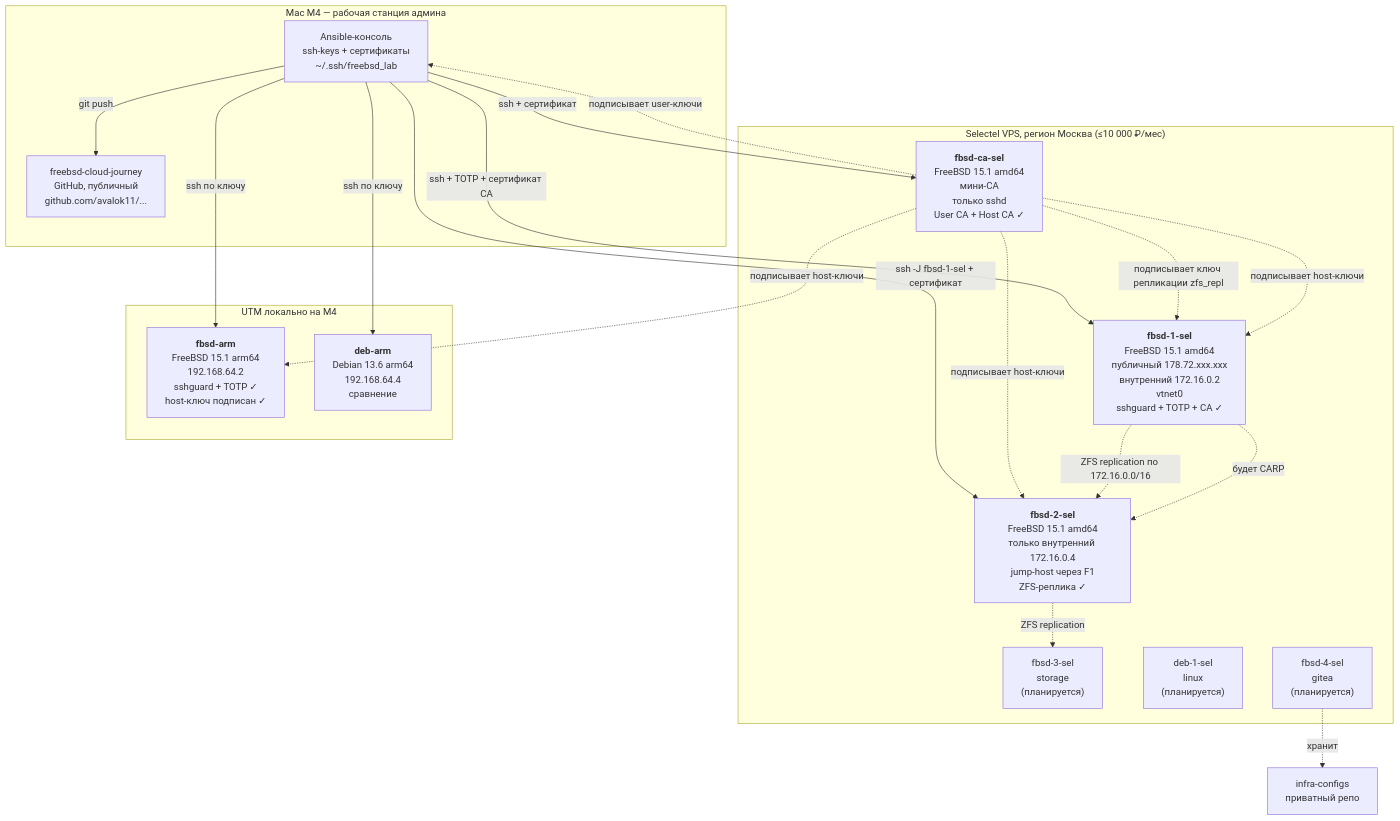
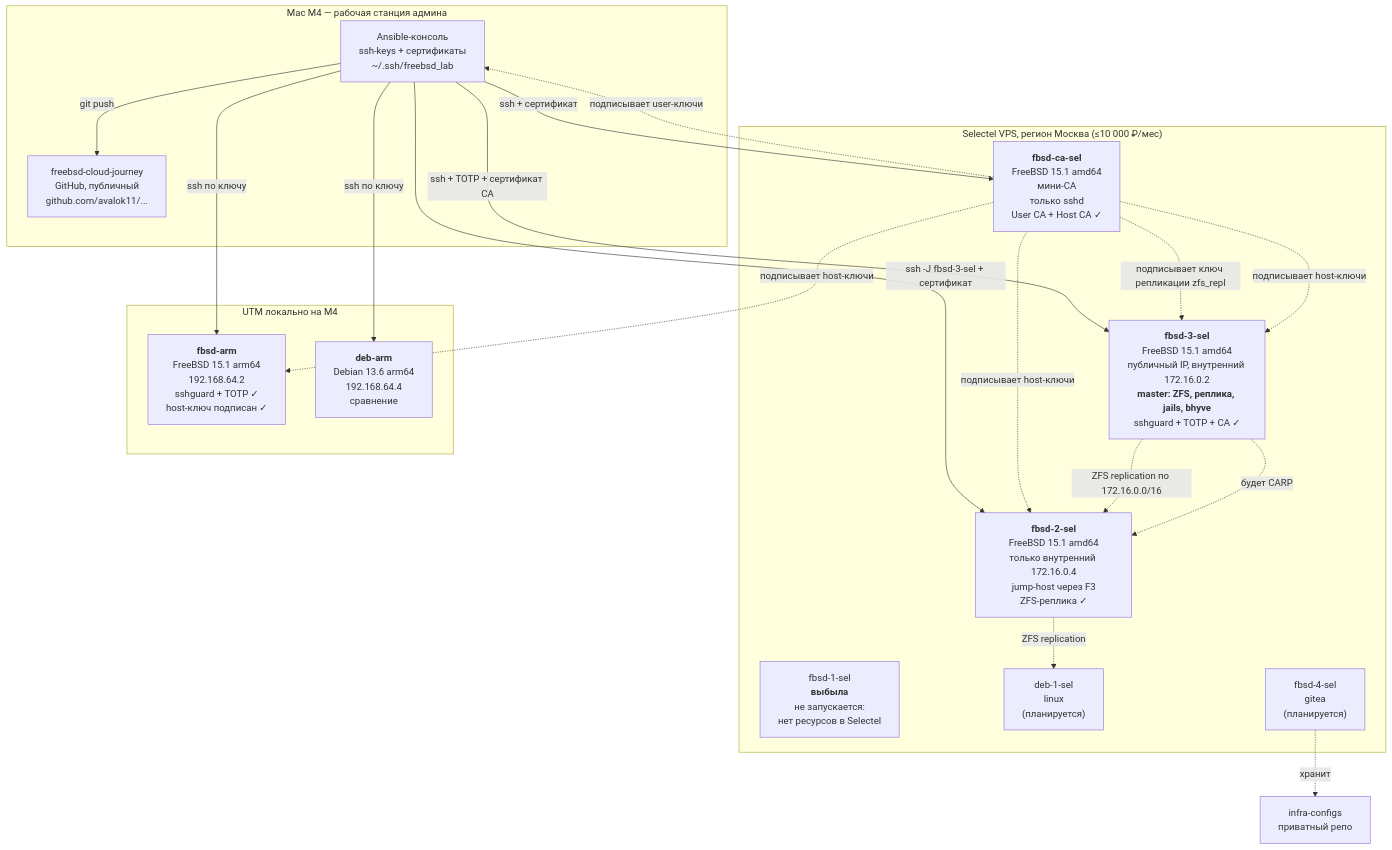
Before and after one commit to avalok11/freebsd-cloud-journey: the diagram in docs/architecture.md, drawn with Mermaid. The commit also changed other lines of this file and 5 other files, not shown here.

````diff
--- a/docs/architecture.md
+++ b/docs/architecture.md
@@ -7,37 +13,37 @@
 ```mermaid
 graph TB
     subgraph Laptop["Mac M4 — рабочая станция админа"]
         Console["Ansible-консоль<br/>ssh-keys + сертификаты<br/>~/.ssh/freebsd_lab"]
         GH["freebsd-cloud-journey<br/>GitHub, публичный<br/>github.com/avalok11/..."]
     end
 
     subgraph Selectel["Selectel VPS, регион Москва (≤10 000 ₽/мес)"]
-        F1["<b>fbsd-1-sel</b><br/>FreeBSD 15.1 amd64<br/>публичный 178.72.xxx.xxx<br/>внутренний 172.16.0.2<br/>vtnet0<br/>sshguard + TOTP + CA ✓"]
+        F3["<b>fbsd-3-sel</b><br/>FreeBSD 15.1 amd64<br/>публичный IP, внутренний 172.16.0.2<br/><b>master: ZFS, реплика, jails, bhyve</b><br/>sshguard + TOTP + CA ✓"]
         CA["<b>fbsd-ca-sel</b><br/>FreeBSD 15.1 amd64<br/>мини-CA<br/>только sshd<br/>User CA + Host CA ✓"]
-        F2["<b>fbsd-2-sel</b><br/>FreeBSD 15.1 amd64<br/>только внутренний 172.16.0.4<br/>jump-host через F1<br/>ZFS-реплика ✓"]
-        F3["fbsd-3-sel<br/>storage<br/>(планируется)"]
+        F2["<b>fbsd-2-sel</b><br/>FreeBSD 15.1 amd64<br/>только внутренний 172.16.0.4<br/>jump-host через F3<br/>ZFS-реплика ✓"]
+        F1["fbsd-1-sel<br/><b>выбыла</b><br/>не запускается:<br/>нет ресурсов в Selectel"]
         L1["deb-1-sel<br/>linux<br/>(планируется)"]
         Gitea["fbsd-4-sel<br/>gitea<br/>(планируется)"]
     end
 
     subgraph LocalLab["UTM локально на M4"]
         FARM["<b>fbsd-arm</b><br/>FreeBSD 15.1 arm64<br/>192.168.64.2<br/>sshguard + TOTP ✓<br/>host-ключ подписан ✓"]
         DARM["<b>deb-arm</b><br/>Debian 13.6 arm64<br/>192.168.64.4<br/>сравнение"]
     end
 
-    Console -->|"ssh + TOTP + сертификат CA"| F1
+    Console -->|"ssh + TOTP + сертификат CA"| F3
     Console -->|"ssh + сертификат"| CA
-    Console -->|"ssh -J fbsd-1-sel + сертификат"| F2
+    Console -->|"ssh -J fbsd-3-sel + сертификат"| F2
     Console -->|"ssh по ключу"| FARM
     Console -->|"ssh по ключу"| DARM
     Console -->|"git push"| GH
     CA -. "подписывает user-ключи" .-> Console
-    CA -. "подписывает ключ репликации zfs_repl" .-> F1
-    CA -. "подписывает host-ключи" .-> F1
+    CA -. "подписывает ключ репликации zfs_repl" .-> F3
+    CA -. "подписывает host-ключи" .-> F3
     CA -. "подписывает host-ключи" .-> F2
     CA -. "подписывает host-ключи" .-> FARM
-    F1 -. "ZFS replication по 172.16.0.0/16" .-> F2
-    F1 -. "будет CARP" .-> F2
-    F2 -. "ZFS replication" .-> F3
+    F3 -. "ZFS replication по 172.16.0.0/16" .-> F2
+    F3 -. "будет CARP" .-> F2
+    F2 -. "ZFS replication" .-> L1
     Gitea -. "хранит" .-> InfraCfg["infra-configs<br/>приватный репо"]
 ```
````
